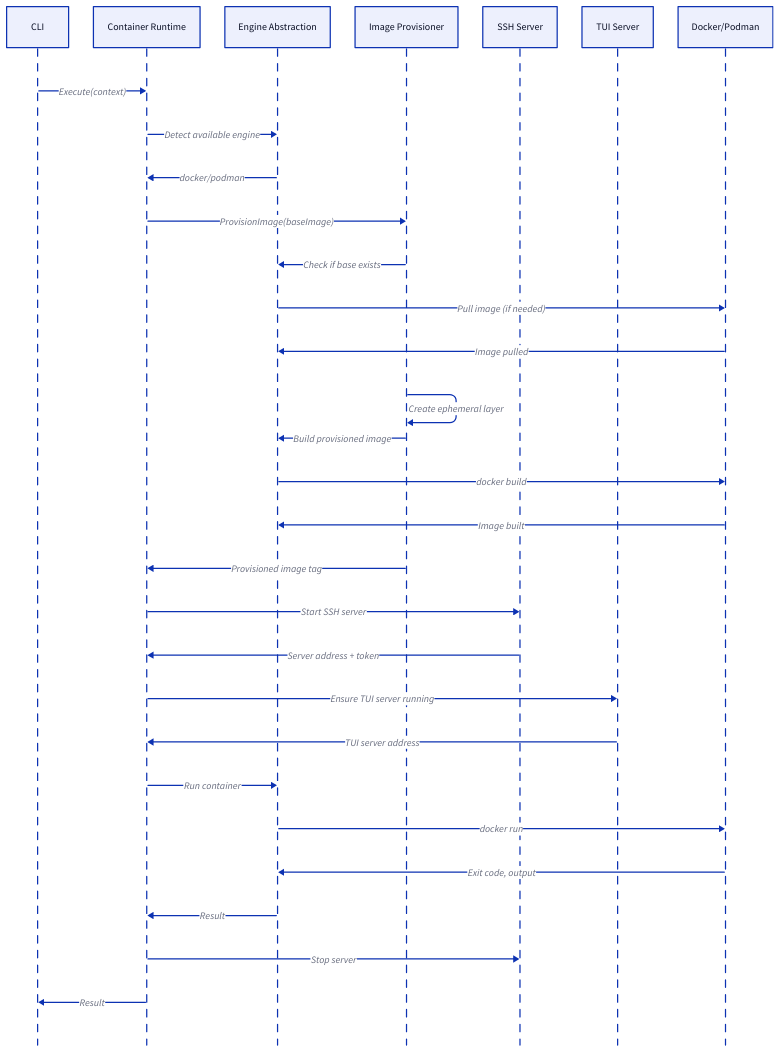
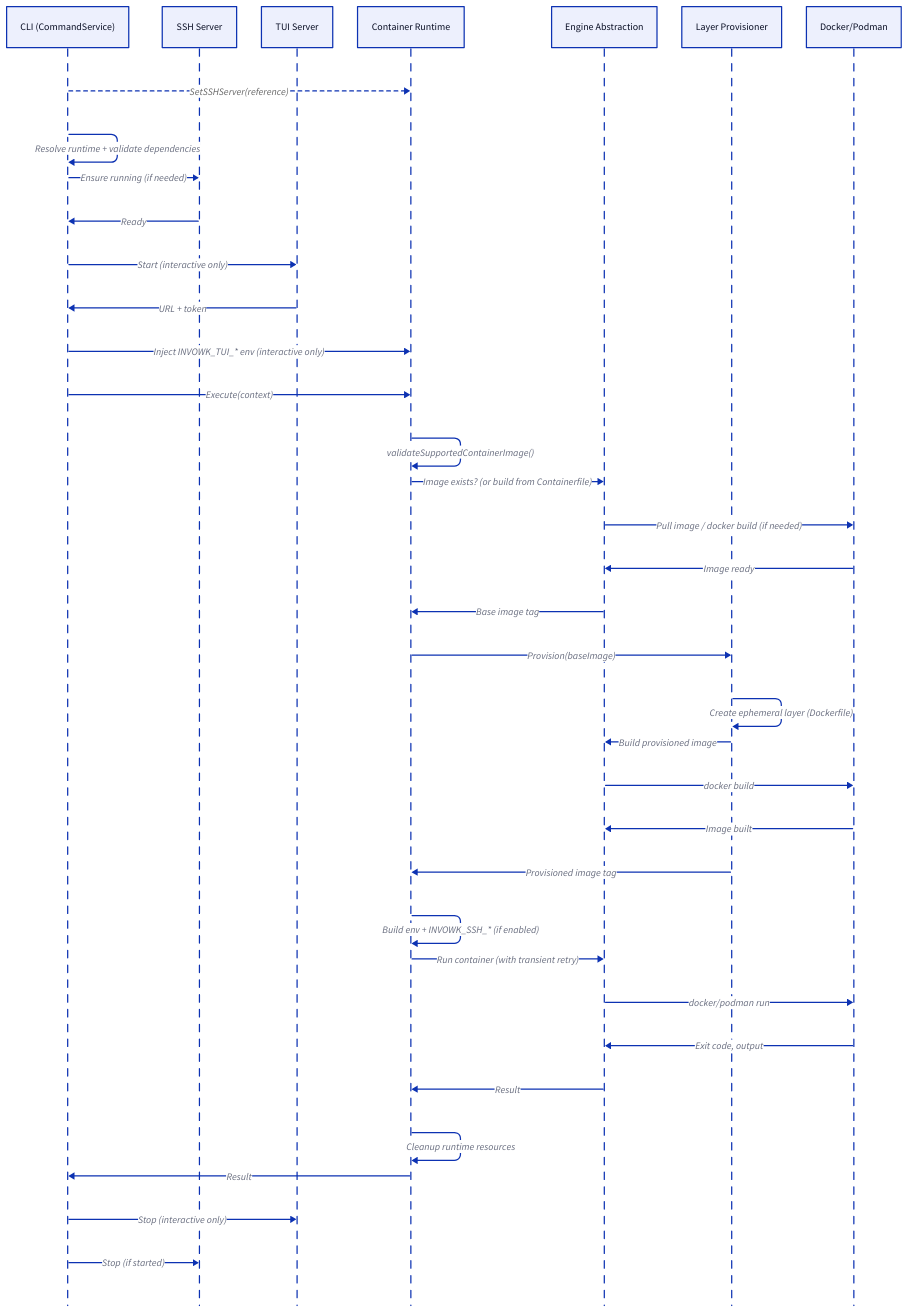
Before and after one commit to invowk/invowk: the diagram in docs/diagrams/sequences/execution-container.d2, drawn with D2. The commit also changed 23 other files, not shown here. The source asks for the TALA layout; these drawings use dagre instead.

First line of the commit message:
fix(diagrams): correct 5 D2 diagrams for accuracy against codebase

```diff
--- a/docs/diagrams/sequences/execution-container.d2
+++ b/docs/diagrams/sequences/execution-container.d2
@@ -1,67 +1,85 @@
 # Container Runtime Execution Sequence Diagram
 #
 # Detailed flow for container runtime execution including:
-# - Provisioning phase (engine detection, image building)
-# - Server setup (SSH, TUI)
-# - Execution phase
-# - Cleanup phase
+# - CommandService orchestration (SSH/TUI lifecycle)
+# - Image validation and base image resolution
+# - Ephemeral layer provisioning (separate from base image)
+# - Execution with retry
+# - Cleanup
 #
-# Source: docs/architecture/sequence-execution.md
+# Source: internal/runtime/container_exec.go, container_provision.go
 
 vars: {
   d2-config: {
     layout-engine: tala
   }
 }
 
 shape: sequence_diagram
 
 # Participants
-CLI
+CLI: CLI (CommandService)
+SSH: SSH Server
+TUI: TUI Server
 ContainerRT: Container Runtime
 Engine: Engine Abstraction
-Provision: Image Provisioner
-SSH: SSH Server
-TUI: TUI Server
+Provision: Layer Provisioner
 Container: Docker/Podman
 
-# Entry
+# 0a. One-time init during registry creation
+CLI -> ContainerRT: SetSSHServer(reference) {
+  style.stroke-dash: 3
+  style.font-color: "#666666"
+}
+
+# 0b. Per-execution orchestration
+CLI -> CLI: Resolve runtime + validate dependencies
+
+# SSH lifecycle is owned by CommandService (only if enable_host_ssh is true)
+CLI -> SSH: Ensure running (if needed)
+SSH -> CLI: Ready
+
+# TUI lifecycle is owned by interactive orchestration (optional)
+CLI -> TUI: Start (interactive only)
+TUI -> CLI: URL + token
+CLI -> ContainerRT: Inject INVOWK_TUI_* env (interactive only)
+
+# 1. Preparation Phase
 CLI -> ContainerRT: Execute(context)
 
-# 1. Provisioning Phase
-ContainerRT -> Engine: Detect available engine
-Engine -> ContainerRT: docker/podman
+# 1a. Image validation (rejects Alpine/Windows before any work)
+ContainerRT -> ContainerRT: validateSupportedContainerImage()
 
-ContainerRT -> Provision: ProvisionImage(baseImage)
-Provision -> Engine: Check if base exists
+# 1b. Base image resolution (ContainerRT owns this, NOT Provisioner)
+ContainerRT -> Engine: Image exists? (or build from Containerfile)
 
-# Pull if missing (conditional)
-Engine -> Container: Pull image (if needed)
-Container -> Engine: Image pulled
+# Pull/build if missing (conditional)
+Engine -> Container: Pull image / docker build (if needed)
+Container -> Engine: Image ready
+Engine -> ContainerRT: Base image tag
 
-Provision -> Provision: Create ephemeral layer
+# 1c. Ephemeral layer provisioning (adds invowk binary + modules)
+ContainerRT -> Provision: Provision(baseImage)
+Provision -> Provision: Create ephemeral layer (Dockerfile)
 Provision -> Engine: Build provisioned image
 Engine -> Container: docker build
 Container -> Engine: Image built
 Provision -> ContainerRT: Provisioned image tag
 
-# 2. Server Setup Phase
-# SSH server (if enabled)
-ContainerRT -> SSH: Start SSH server
-SSH -> ContainerRT: Server address + token
-
-ContainerRT -> TUI: Ensure TUI server running
-TUI -> ContainerRT: TUI server address
+# 2. Runtime setup
+ContainerRT -> ContainerRT: Build env + INVOWK_SSH_* (if enabled)
 
 # 3. Execution Phase
-ContainerRT -> Engine: Run container
-Engine -> Container: docker run
+ContainerRT -> Engine: Run container (with transient retry)
+Engine -> Container: docker/podman run
 Container -> Engine: Exit code, output
 Engine -> ContainerRT: Result
 
 # 4. Cleanup Phase
-# Stop SSH if it was started
-ContainerRT -> SSH: Stop server
+# Runtime cleanup (tokens/temp files/provision resources)
+ContainerRT -> ContainerRT: Cleanup runtime resources
 
 # Return
 ContainerRT -> CLI: Result
+CLI -> TUI: Stop (interactive only)
+CLI -> SSH: Stop (if started)
```
